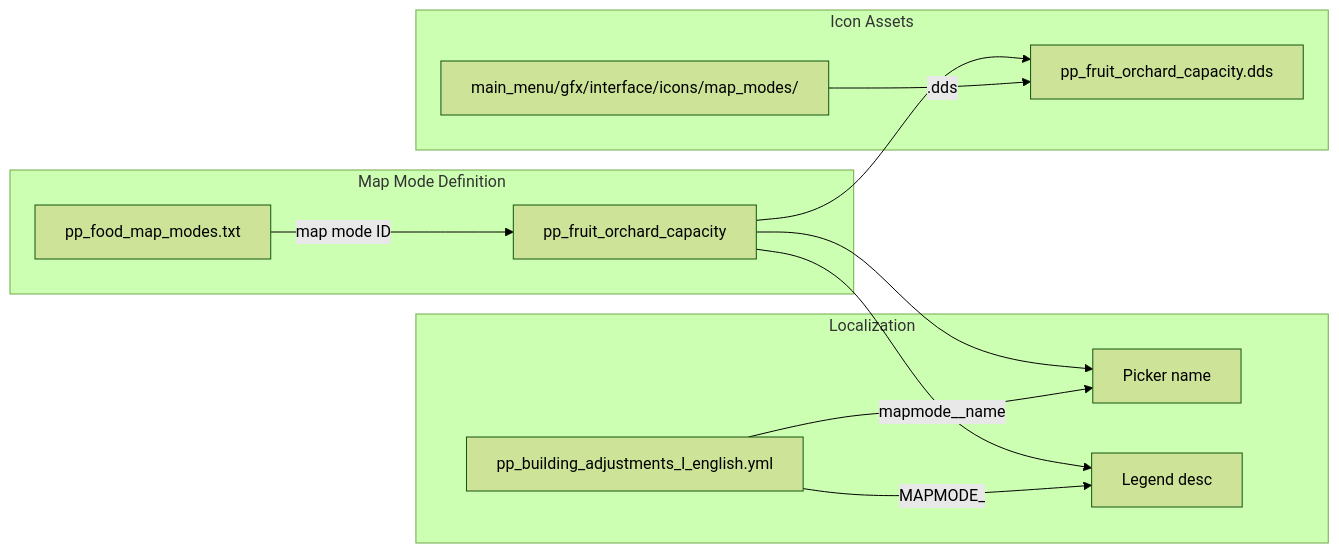
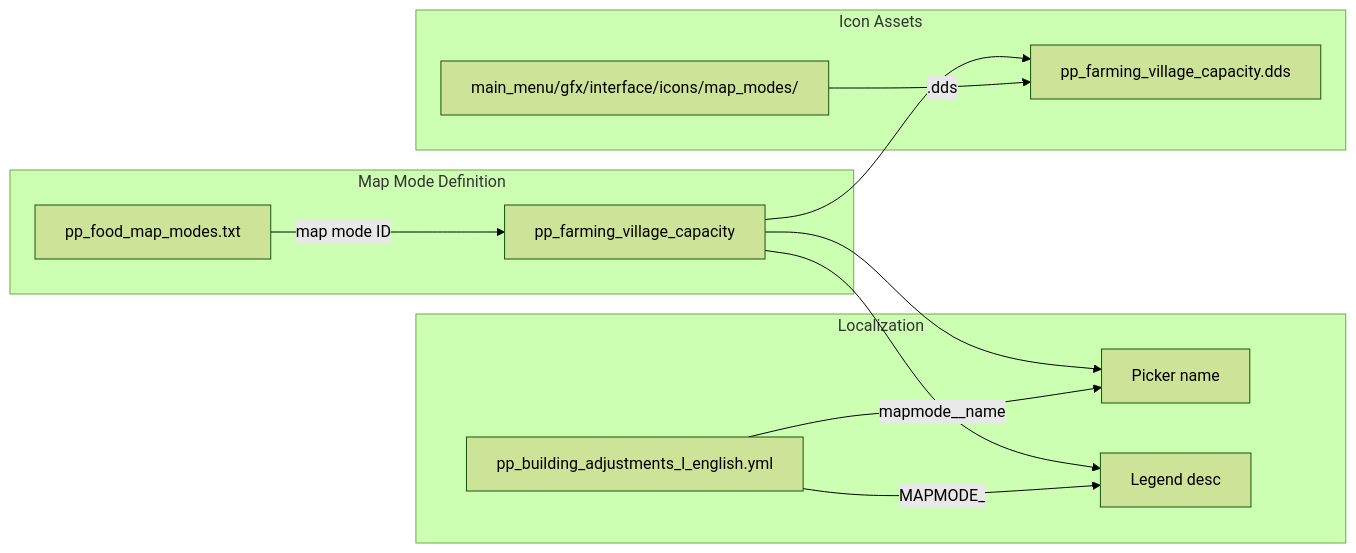
Before and after one commit to HLJSXK/eu5-towards-victory: the diagram in reference_mods/3613232232/in_game/gfx/map/map_modes/MAP_MODE_ICONS.md, drawn with Mermaid (forest theme). The commit also changed other lines of this file and 938 other files, not shown here.

````diff
--- a/reference_mods/3613232232/in_game/gfx/map/map_modes/MAP_MODE_ICONS.md
+++ b/reference_mods/3613232232/in_game/gfx/map/map_modes/MAP_MODE_ICONS.md
@@ -24,22 +24,22 @@
 ```mermaid
 flowchart LR
     subgraph definition [Map Mode Definition]
         A[pp_food_map_modes.txt]
-        A -->|"map mode ID"| B[pp_fruit_orchard_capacity]
+        A -->|"map mode ID"| B[pp_farming_village_capacity]
     end
     
     subgraph localization [Localization]
         C[pp_building_adjustments_l_english.yml]
         C -->|"mapmode_<id>_name"| D[Picker name]
         C -->|"MAPMODE_<ID>"| E[Legend desc]
     end
     
     subgraph icons [Icon Assets]
         F[main_menu/gfx/interface/icons/map_modes/]
-        F -->|"<id>.dds"| G[pp_fruit_orchard_capacity.dds]
+        F -->|"<id>.dds"| G[pp_farming_village_capacity.dds]
     end
     
     B --> D
     B --> E
     B --> G
 ```
````
